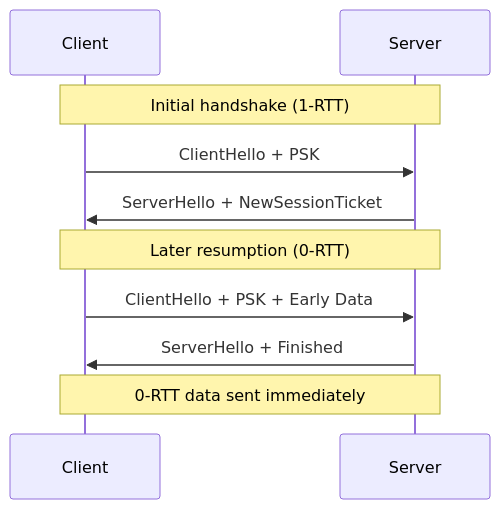
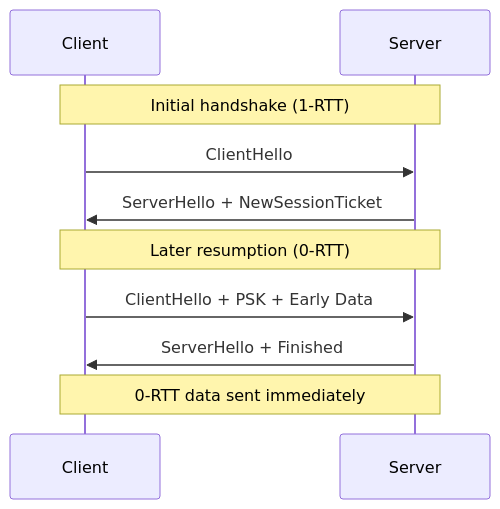
One commit to vanos001/placement_prep changed the fifth of 8 diagrams in src/networks/security/tls-deep-dive.md. Above: the diagram before and after it, drawn with Mermaid. The commit also changed 38 other files, not shown here.

````diff
--- a/src/networks/security/tls-deep-dive.md
+++ b/src/networks/security/tls-deep-dive.md
@@ -159,14 +159,14 @@
 ```mermaid
 sequenceDiagram
     participant C as Client
     participant S as Server
     
     Note over C,S: Initial handshake (1-RTT)
-    C->>S: ClientHello + PSK
+    C->>S: ClientHello
     S->>C: ServerHello + NewSessionTicket
     
     Note over C,S: Later resumption (0-RTT)
     C->>S: ClientHello + PSK + Early Data
     S->>C: ServerHello + Finished
     Note over C,S: 0-RTT data sent immediately
 ```
````
